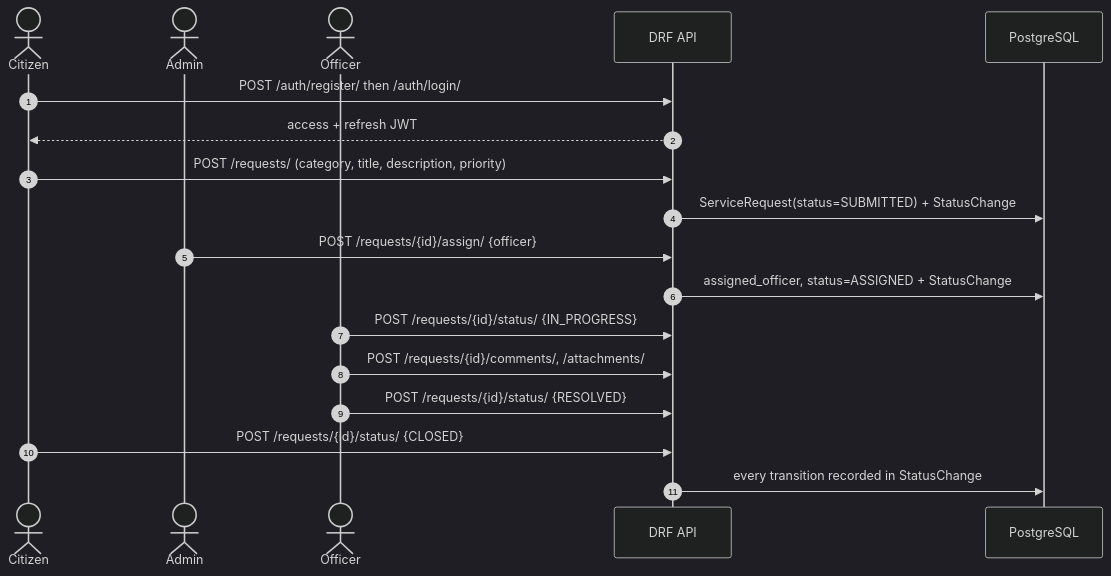
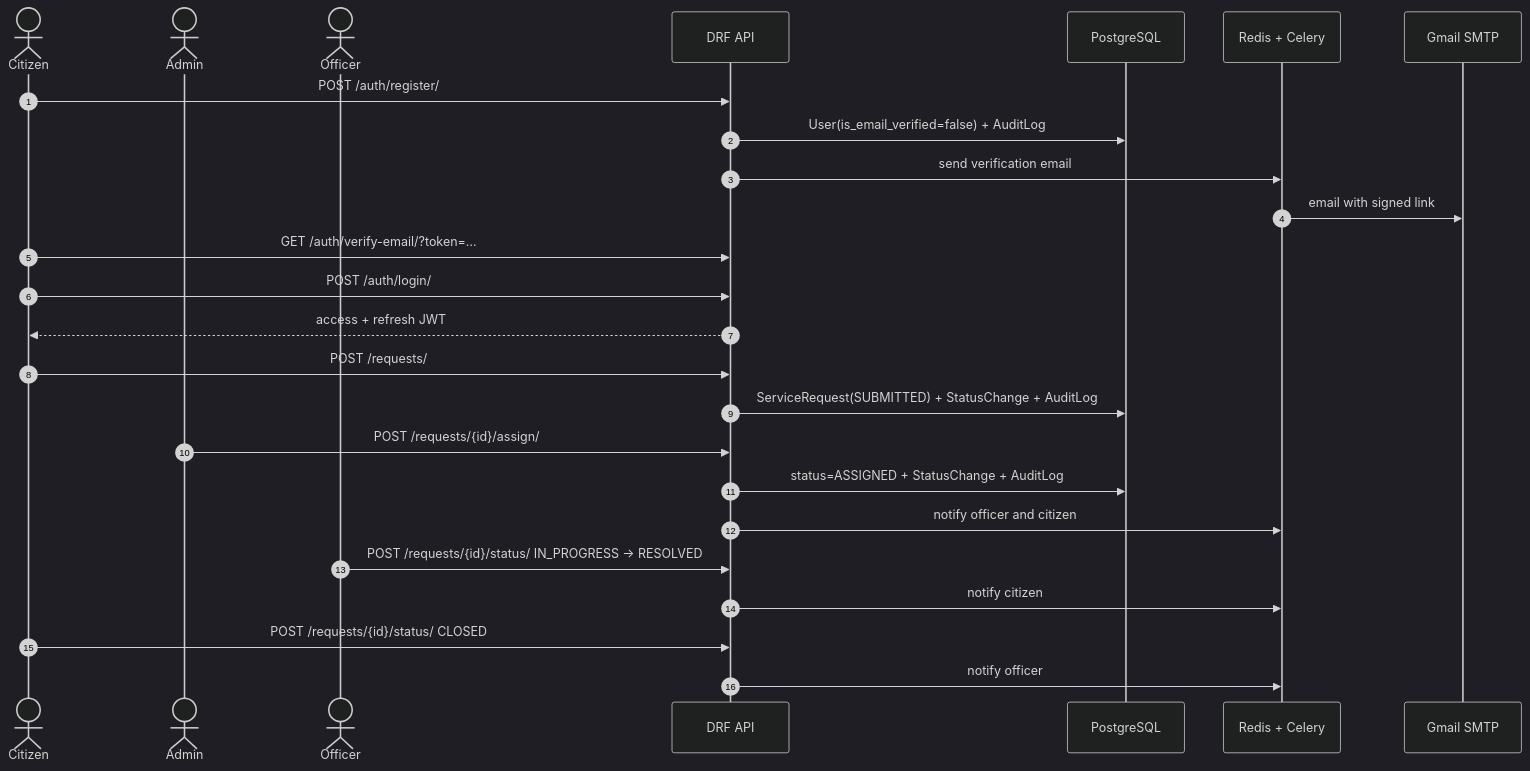
The second of 3 diagrams in docs/architecture.md (Bishal05das/Government-Service-Request-Management-System), drawn with Mermaid (dark theme) before and after one commit. The commit also changed other lines of this file and 1 other file, not shown here.

Commit message:
docs(architecture): add redis, celery, smtp and audit log to diagrams

````diff
--- a/docs/architecture.md
+++ b/docs/architecture.md
@@ -37,21 +56,28 @@
 ```mermaid
 sequenceDiagram
     autonumber
     actor Citizen
     actor Admin
     actor Officer
     participant API as DRF API
     participant DB as PostgreSQL
+    participant Q as Redis + Celery
+    participant Mail as Gmail SMTP
 
-    Citizen->>API: POST /auth/register/ then /auth/login/
+    Citizen->>API: POST /auth/register/
+    API->>DB: User(is_email_verified=false) + AuditLog
+    API->>Q: send verification email
+    Q->>Mail: email with signed link
+    Citizen->>API: GET /auth/verify-email/?token=…
+    Citizen->>API: POST /auth/login/
     API-->>Citizen: access + refresh JWT
-    Citizen->>API: POST /requests/ (category, title, description, priority)
-    API->>DB: ServiceRequest(status=SUBMITTED) + StatusChange
-    Admin->>API: POST /requests/{id}/assign/ {officer}
-    API->>DB: assigned_officer, status=ASSIGNED + StatusChange
-    Officer->>API: POST /requests/{id}/status/ {IN_PROGRESS}
-    Officer->>API: POST /requests/{id}/comments/, /attachments/
-    Officer->>API: POST /requests/{id}/status/ {RESOLVED}
-    Citizen->>API: POST /requests/{id}/status/ {CLOSED}
-    API->>DB: every transition recorded in StatusChange
+    Citizen->>API: POST /requests/
+    API->>DB: ServiceRequest(SUBMITTED) + StatusChange + AuditLog
+    Admin->>API: POST /requests/{id}/assign/
+    API->>DB: status=ASSIGNED + StatusChange + AuditLog
+    API->>Q: notify officer and citizen
+    Officer->>API: POST /requests/{id}/status/ IN_PROGRESS → RESOLVED
+    API->>Q: notify citizen
+    Citizen->>API: POST /requests/{id}/status/ CLOSED
+    API->>Q: notify officer
 ```
````
